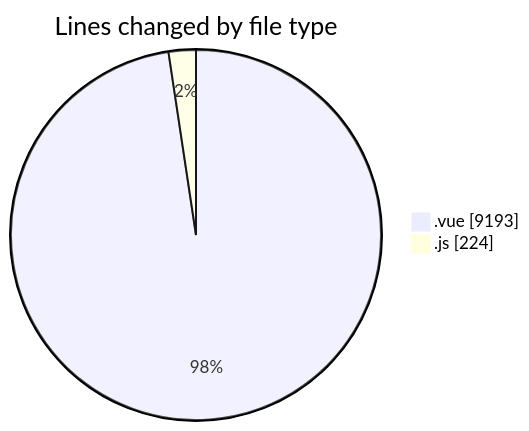
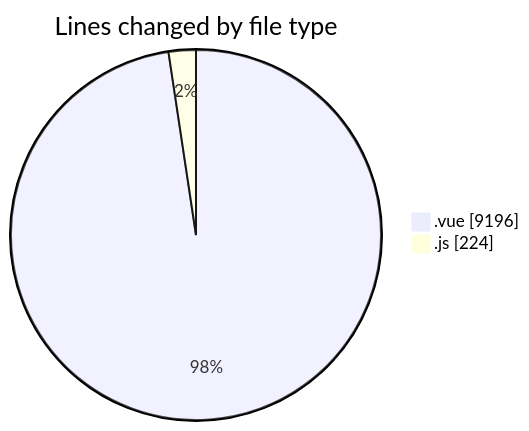
The first of 2 diagrams in 2025-08-14/rentotp/README.md (lephambinh05/code-tracking), drawn with Mermaid before and after one commit. The commit also changed other lines of this file and 1 other file, not shown here.

````diff
--- a/2025-08-14/rentotp/README.md
+++ b/2025-08-14/rentotp/README.md
@@ -25,6 +25,6 @@
 ```mermaid
 pie showData
 title Lines changed by file type
-".vue" : 9193
+".vue" : 9196
 ".js" : 224
 ```
````
